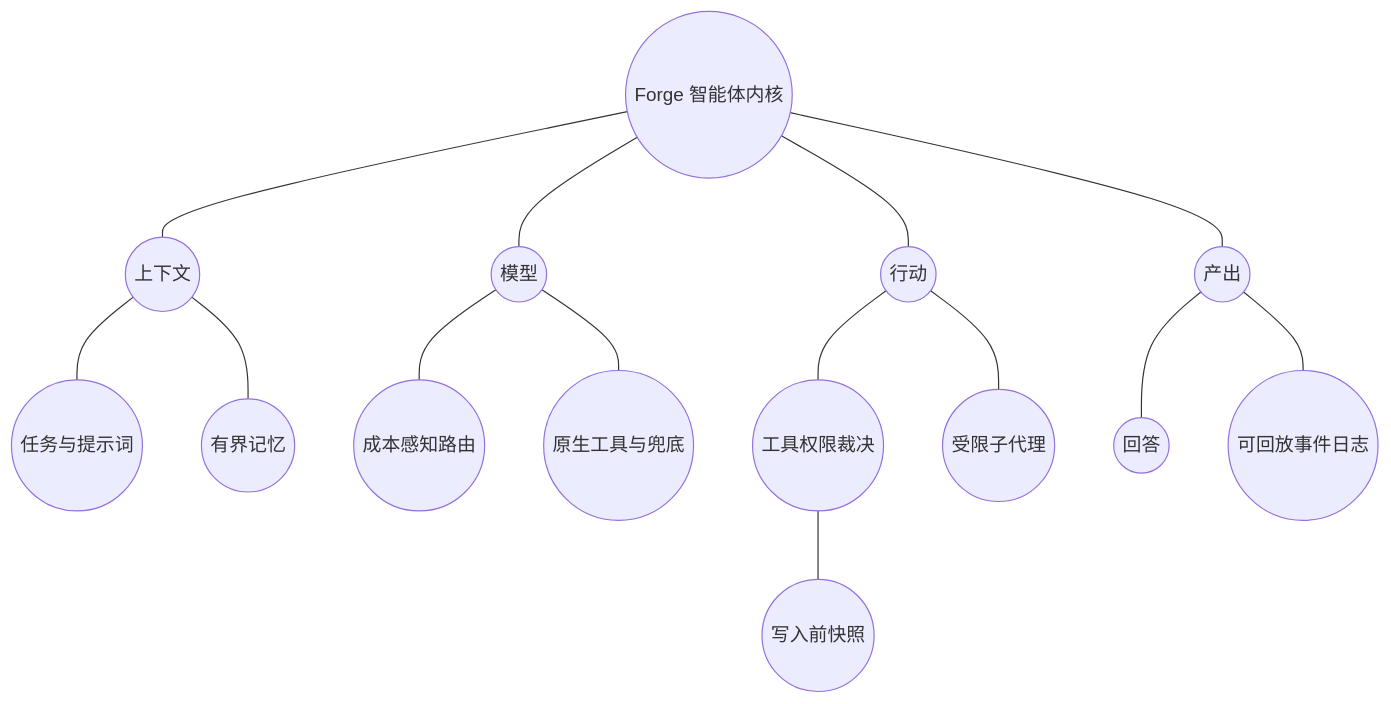
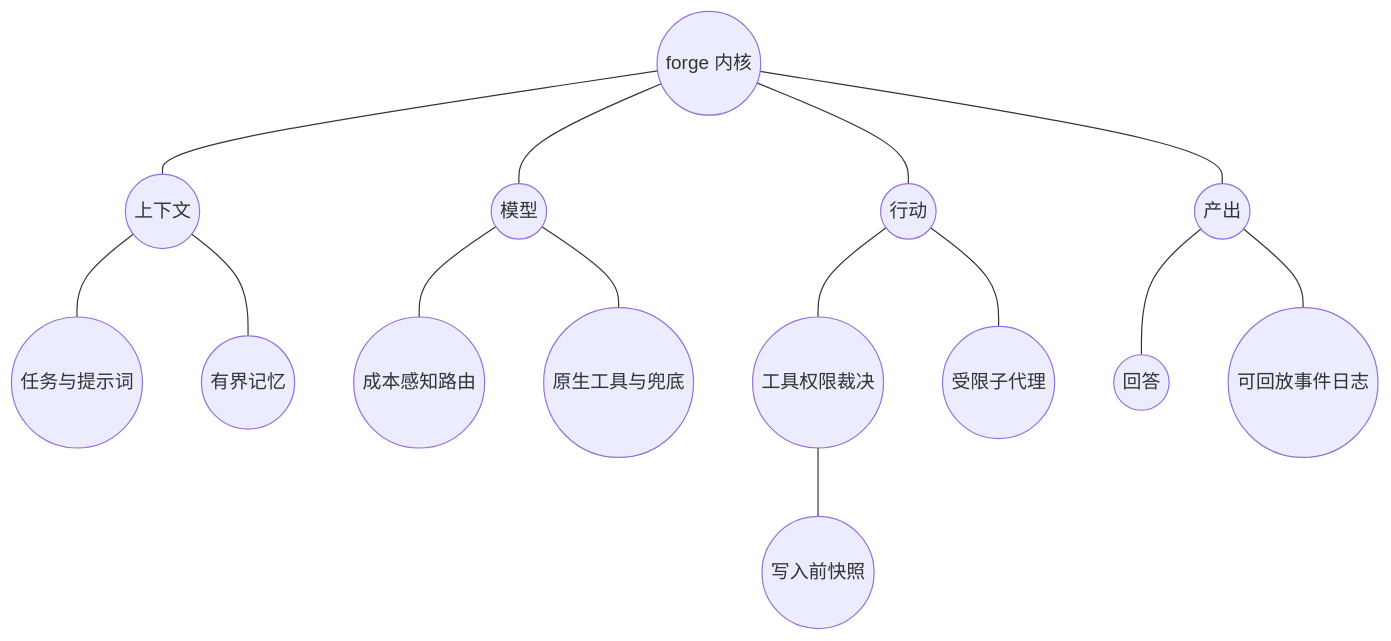
One commit to suyunpledge/pledge-evolving changed the diagram in README.zh.md. Above: the diagram before and after it, drawn with Mermaid. The commit also changed other lines of this file and 3 other files, not shown here.

````diff
--- a/README.zh.md
+++ b/README.zh.md
@@ -20,16 +64,16 @@
 ```mermaid
 flowchart TB
-    R(("Forge 智能体内核")) --- A(("上下文"))
+    R(("forge 内核")) --- A(("上下文"))
     A --- A1(("任务与提示词"))
     A --- A2(("有界记忆"))
     R --- B(("模型"))
     B --- B1(("成本感知路由"))
     B --- B2(("原生工具与兜底"))
     R --- C(("行动"))
     C --- C1(("工具权限裁决"))
     C1 --- C2(("写入前快照"))
     C --- C3(("受限子代理"))
     R --- D(("产出"))
     D --- D1(("回答"))
     D --- D2(("可回放事件日志"))
 ```
````
